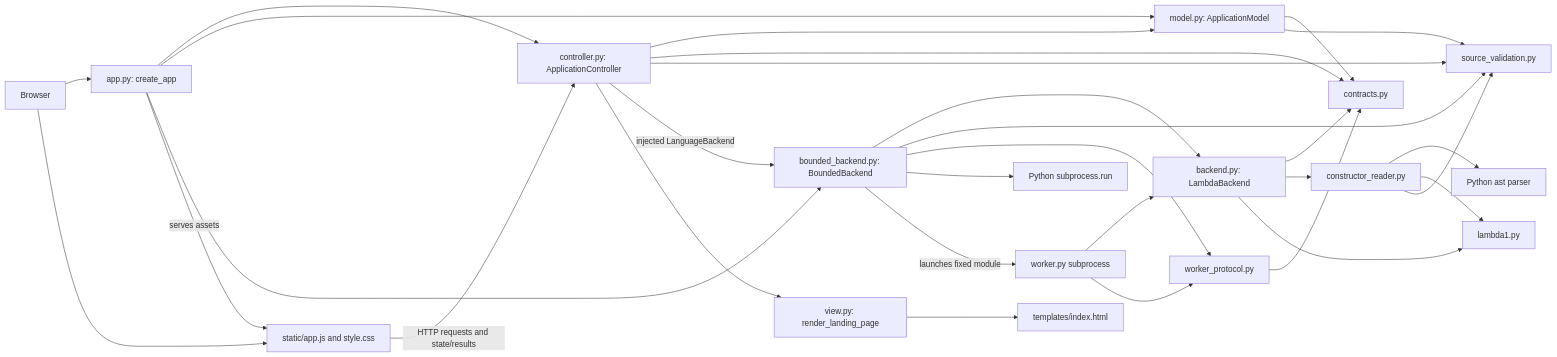
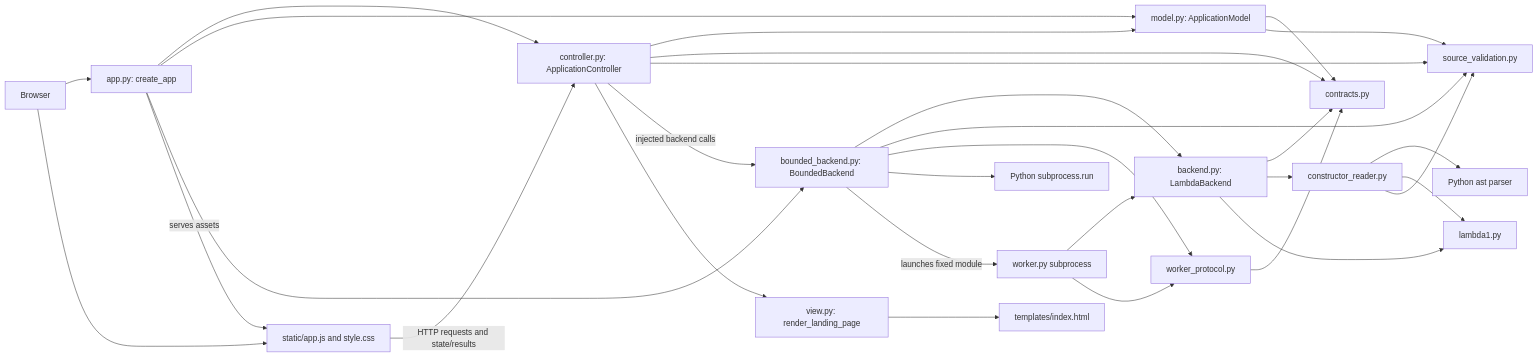
The diagram in assigns/04/MySolution/ARCHITECTURE.md (kojiken4/CS413-2026-Fall-kojiken), drawn with Mermaid before and after one commit. The commit also changed other lines of this file and 3 other files, not shown here.

````diff
--- a/assigns/04/MySolution/ARCHITECTURE.md
+++ b/assigns/04/MySolution/ARCHITECTURE.md
@@ -5,32 +9,32 @@
 ```mermaid
 flowchart LR
     Browser --> App[app.py: create_app]
     App --> Controller[controller.py: ApplicationController]
-    App --> Model
-    App --> Bounded
+    App --> Model[model.py: ApplicationModel]
+    App --> Bounded[bounded_backend.py: BoundedBackend]
     Controller --> Model
-    Controller --> Contracts
-    Controller --> Validation
-    Controller -->|injected LanguageBackend| Bounded
+    Controller --> Contracts[contracts.py]
+    Controller --> Validation[source_validation.py]
+    Controller -->|injected backend calls| Bounded
     Controller --> View[view.py: render_landing_page]
     View --> HTML[templates/index.html]
     Browser --> BrowserView[static/app.js and style.css]
     App -->|serves assets| BrowserView
     BrowserView -->|HTTP requests and state/results| Controller
-    Backend[backend.py: LambdaBackend] --> Contracts[contracts.py]
-    Backend --> Reader[constructor_reader.py]
-    Backend --> Language[lambda1.py]
-    Reader --> AST[Python ast parser]
-    Reader --> Language
-    Reader --> Validation[source_validation.py]
-    Model[model.py: ApplicationModel] --> Contracts
+    Model --> Contracts
     Model --> Validation
-    Bounded[bounded_backend.py: BoundedBackend] --> Backend
+    Bounded --> Backend[backend.py: LambdaBackend]
     Bounded --> Validation
     Bounded --> Transport[worker_protocol.py]
     Bounded --> Subprocess[Python subprocess.run]
     Bounded -->|launches fixed module| Worker[worker.py subprocess]
     Worker --> Backend
     Worker --> Transport
     Transport --> Contracts
+    Backend --> Contracts
+    Backend --> Reader[constructor_reader.py]
+    Backend --> Language[lambda1.py]
+    Reader --> AST[Python ast parser]
+    Reader --> Language
+    Reader --> Validation
 ```
````
